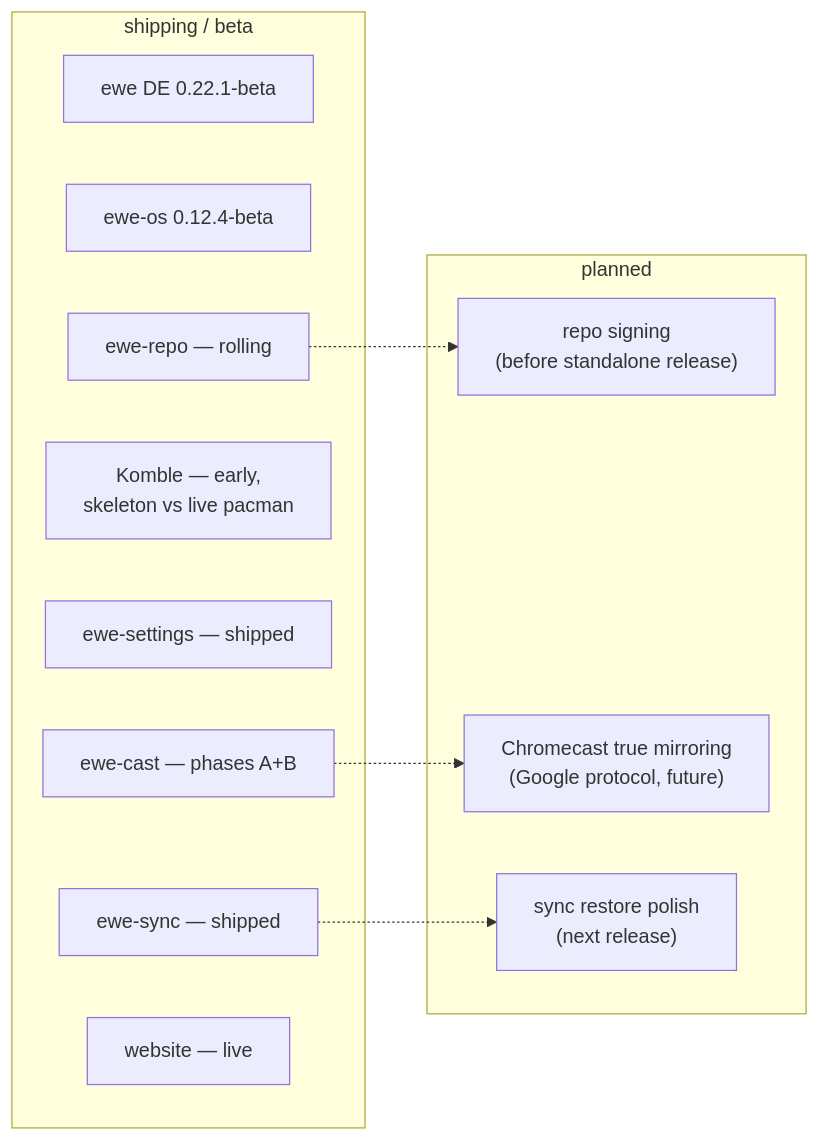
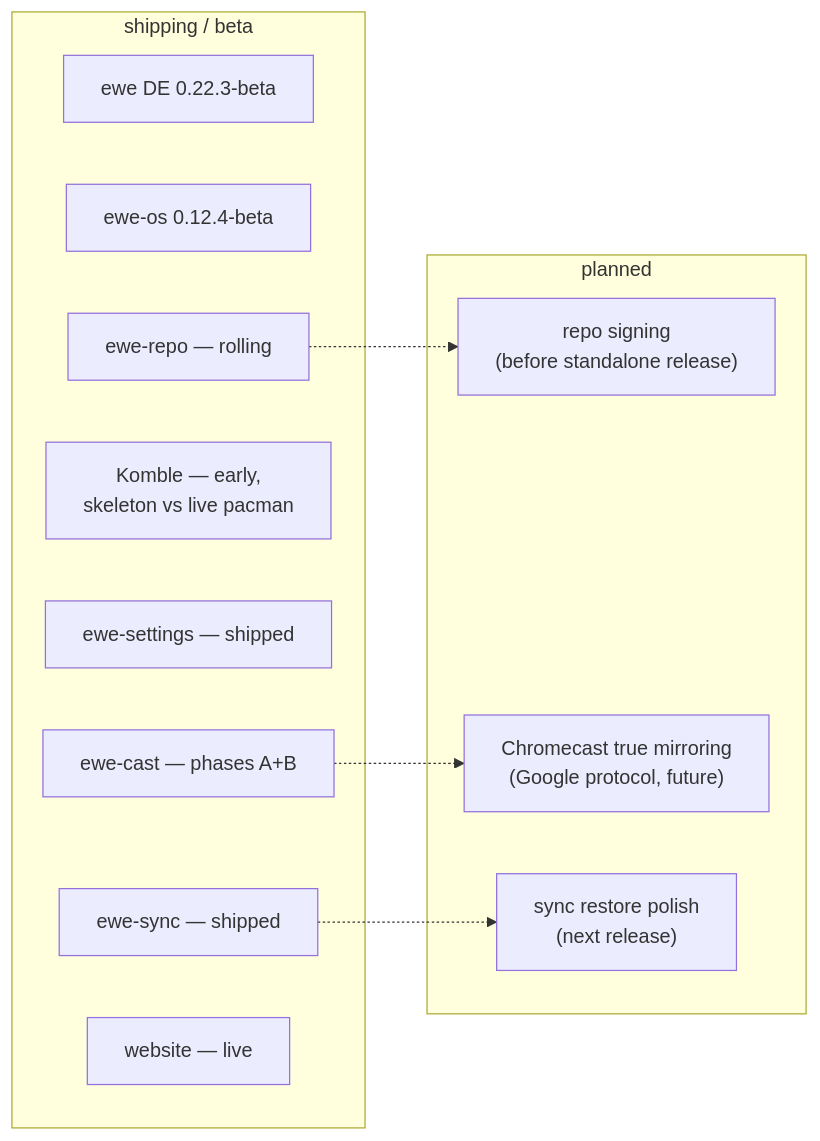
The diagram in 01-Overview/Roadmap and Status.md (prj786/ewe-map), drawn with Mermaid before and after one commit. The commit also changed other lines of this file and 3 other files, not shown here.

Commit message:
vault: ewe DE 0.22.3-beta — the 2026-09-20 bug sweep (greeter blue text, safe mode, clipboard, battery) and its gotchas

````diff
--- a/01-Overview/Roadmap and Status.md
+++ b/01-Overview/Roadmap and Status.md
@@ -30,21 +30,21 @@
 ```mermaid
 flowchart LR
     subgraph shipping["shipping / beta"]
-        EWE["ewe DE 0.22.1-beta"]
+        EWE["ewe DE 0.22.3-beta"]
         OS["ewe-os 0.12.4-beta"]
         REPO["ewe-repo — rolling"]
         K["Komble — early,<br/>skeleton vs live pacman"]
         S["ewe-settings — shipped"]
         SY["ewe-sync — shipped"]
         CAST["ewe-cast — phases A+B"]
         WEB["website — live"]
     end
     subgraph planned["planned"]
         SIGN["repo signing<br/>(before standalone release)"]
         MIRROR["Chromecast true mirroring<br/>(Google protocol, future)"]
         REST["sync restore polish<br/>(next release)"]
     end
     REPO -.-> SIGN
     CAST -.-> MIRROR
     SY -.-> REST
 ```
````
